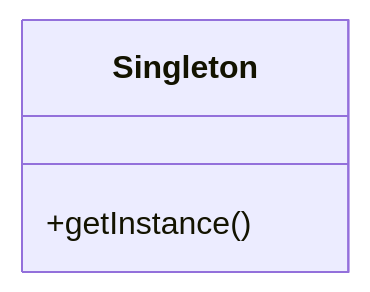
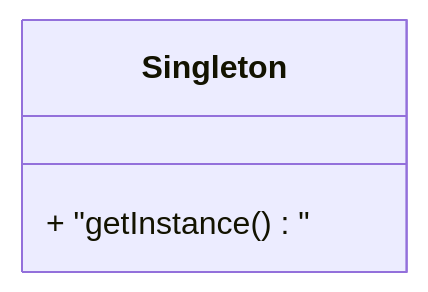
One commit to 42jerrykim/42jerrykim.github.io changed diagram 14 of 15 in content/post/2024/2024-11-08-python-oop/index.md. Above: the diagram before and after it, drawn with Mermaid. The commit also changed other lines of this file and 239 other files, not shown here.

````diff
--- a/content/post/2024/2024-11-08-python-oop/index.md
+++ b/content/post/2024/2024-11-08-python-oop/index.md
@@ -1077,6 +1123,6 @@
 ```mermaid
 classDiagram
     class Singleton {
-        +getInstance()
+        + "getInstance()"
     }
 ```
````
